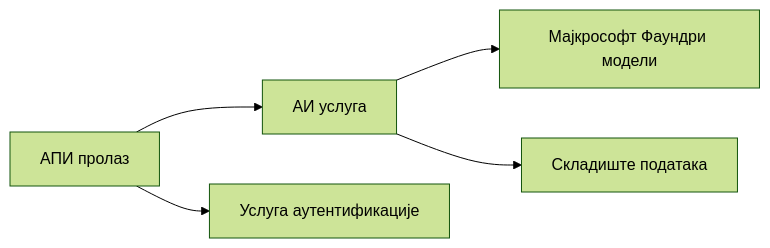
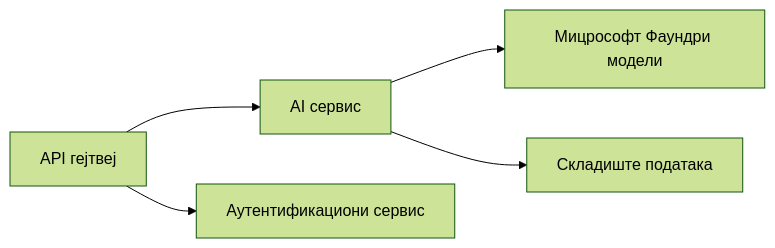
One commit to microsoft/AZD-for-beginners changed the first of 2 diagrams in translations/sr/docs/chapter-08-production/README.md. Above: the diagram before and after it, drawn with Mermaid (forest theme). The commit also changed other lines of this file and 101 other files, not shown here.

````diff
--- a/translations/sr/docs/chapter-08-production/README.md
+++ b/translations/sr/docs/chapter-08-production/README.md
@@ -46,6 +48,6 @@
 ```mermaid
 graph LR
-    Gateway[АПИ пролаз] --> AI[АИ услуга] --> Models[Мајкрософт Фаундри модели]
-    Gateway --> Auth[Услуга аутентификације]
+    Gateway[API гејтвеј] --> AI[AI сервис] --> Models[Мицрософт Фаундри модели]
+    Gateway --> Auth[Аутентификациони сервис]
     AI --> Data[Складиште података]
 ```
````
